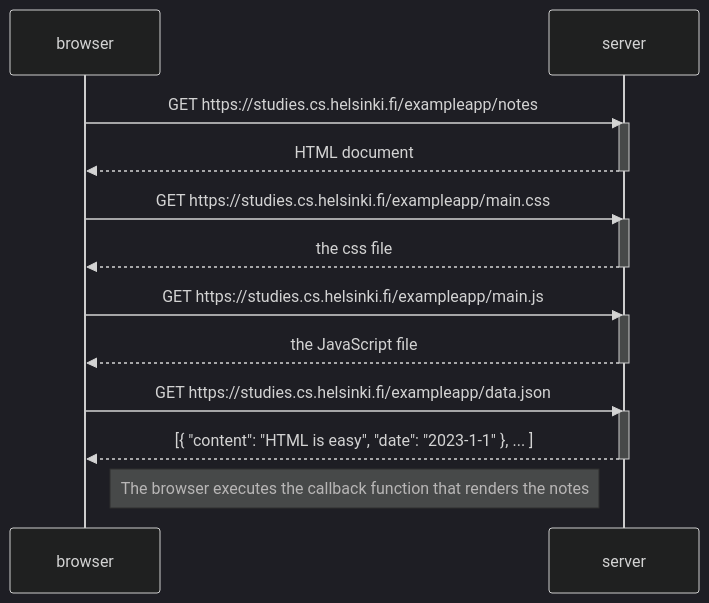
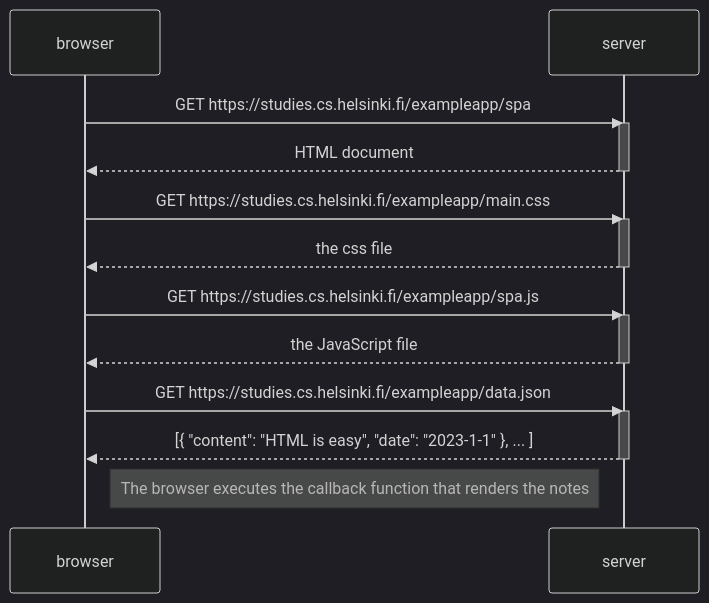
Before and after one commit to ZiyangH96/FullStackOpen: the diagram in part0/diagram0.5.md, drawn with Mermaid (dark theme).

Commit message:
Change 0.5 a little bit

````diff
--- a/part0/diagram0.5.md
+++ b/part0/diagram0.5.md
@@ -1,28 +1,28 @@
 ```mermaid
 sequenceDiagram
     participant browser
     participant server
     
-    browser->>server: GET https://studies.cs.helsinki.fi/exampleapp/notes
+    browser->>server: GET https://studies.cs.helsinki.fi/exampleapp/spa
     activate server
     server-->>browser: HTML document
     deactivate server
 
     browser->>server: GET https://studies.cs.helsinki.fi/exampleapp/main.css
     activate server
     server-->>browser: the css file
     deactivate server
 
-    browser->>server: GET https://studies.cs.helsinki.fi/exampleapp/main.js
+    browser->>server: GET https://studies.cs.helsinki.fi/exampleapp/spa.js
     activate server
     server-->>browser: the JavaScript file
     deactivate server
 
     browser->>server: GET https://studies.cs.helsinki.fi/exampleapp/data.json
     activate server
     server-->>browser: [{ "content": "HTML is easy", "date": "2023-1-1" }, ... ]
     deactivate server
 
     Note right of browser: The browser executes the callback function that renders the notes
 
 ```
````
